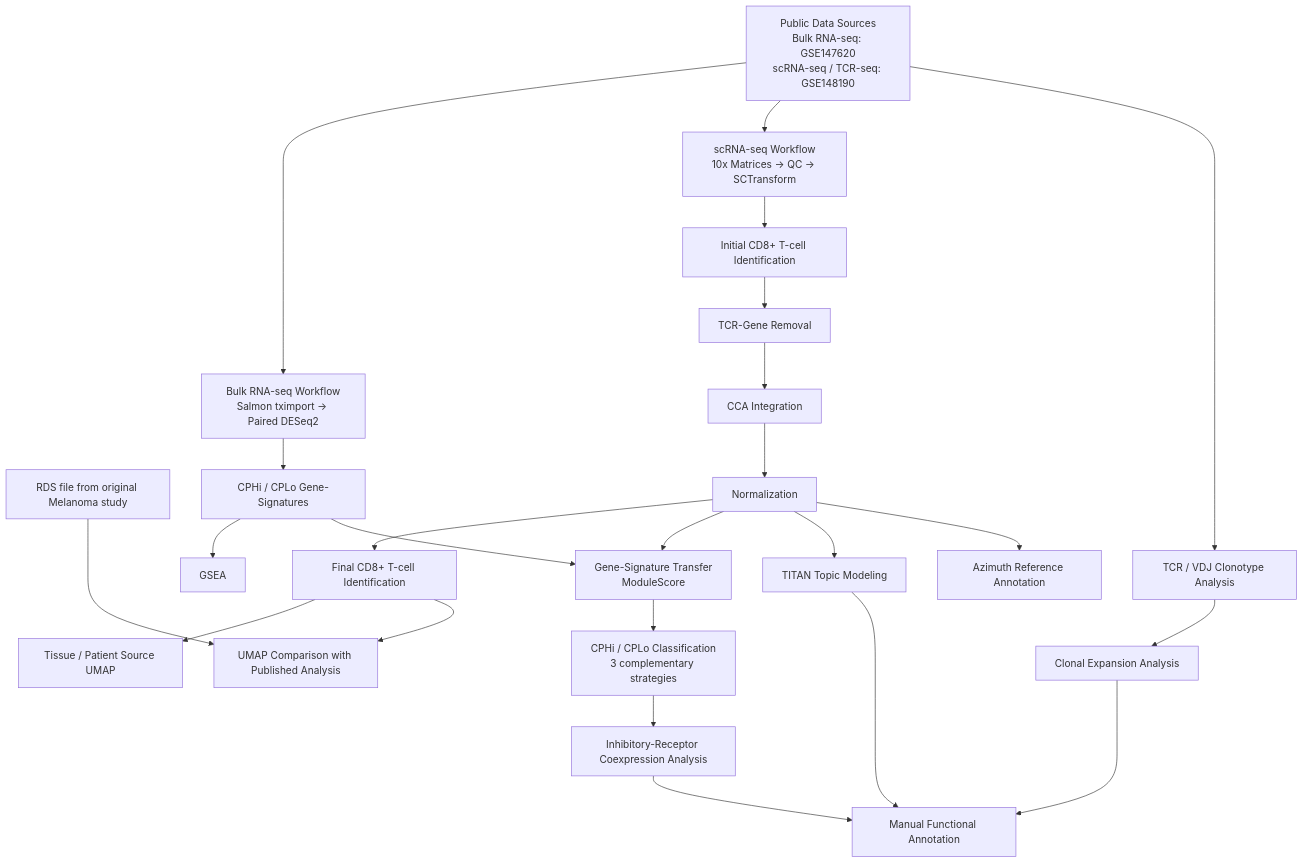
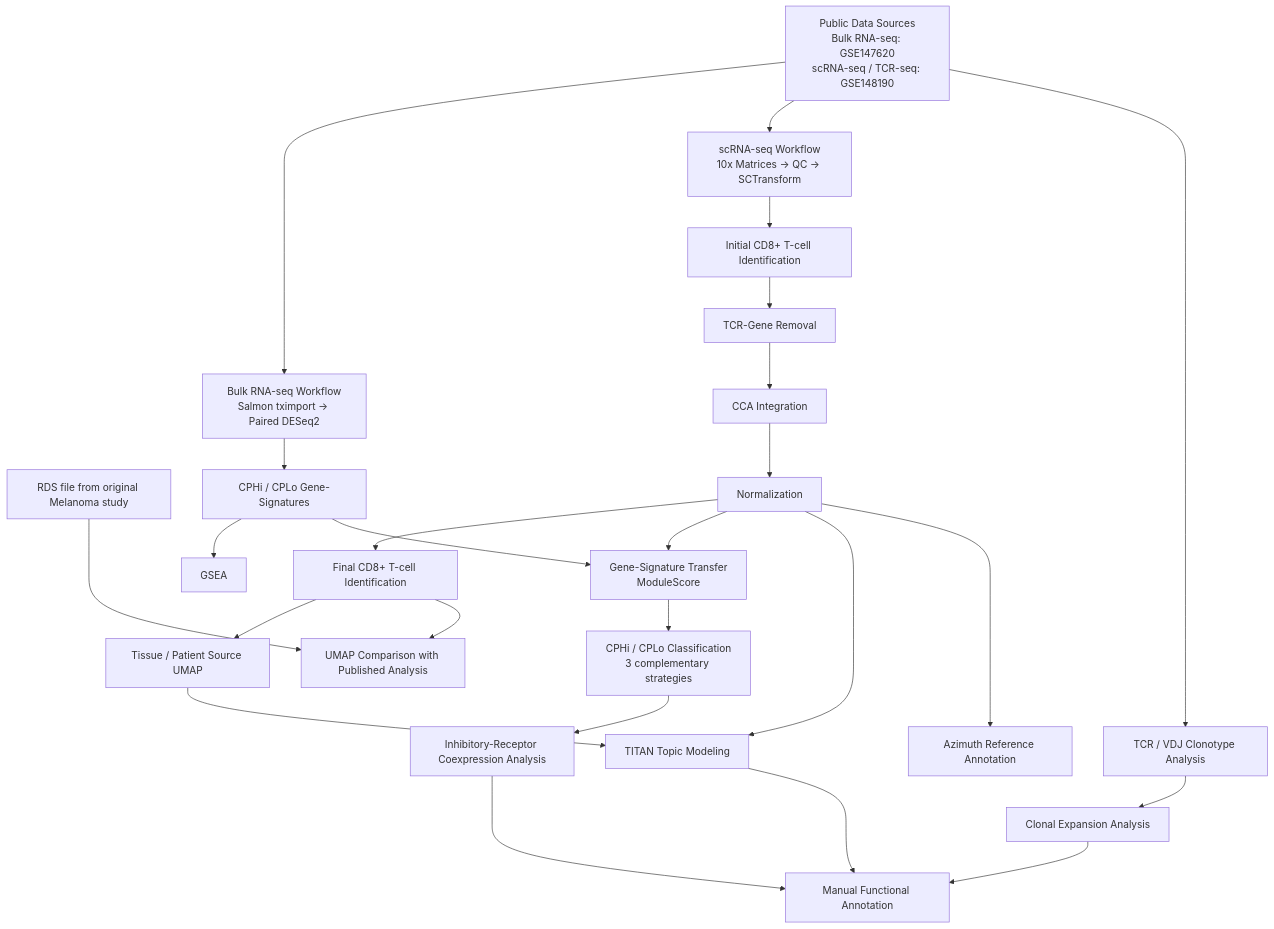
The diagram in README.md (georgsommer-ai/Multi-Modal-CD8-T-cell-Heterogeneity-Analysis-in-Melanoma-Immunotherapy), drawn with Mermaid before and after one commit.

````diff
--- a/README.md
+++ b/README.md
@@ -158,39 +158,40 @@
 ```mermaid
 flowchart TD
 
     A[Public Data Sources<br/>Bulk RNA-seq: GSE147620<br/>scRNA-seq / TCR-seq: GSE148190]
     R[RDS file from original Melanoma study]
 
     A --> B1[Bulk RNA-seq Workflow<br/>Salmon tximport -> Paired DESeq2]
     B1 --> B2[CPHi / CPLo Gene-Signatures]
     B2 --> B3[GSEA]
 
     A --> C1[scRNA-seq Workflow<br/>10x Matrices -> QC -> SCTransform]
     C1 --> C2[Initial CD8+ T-cell Identification]
     C2 --> C3[TCR-Gene Removal]
     C3 --> C4[CCA Integration]
     C4 --> C5[Normalization]
     C5 --> C6[Final CD8+ T-cell Identification]
     C6 --> C7[Tissue / Patient Source UMAP]
     C6 --> C8[UMAP Comparison with Published Analysis]
     R ---> C8
 
     B2 --> D1[Gene-Signature Transfer<br/>ModuleScore]
     C5 --> D1
     D1 --> D2[CPHi / CPLo Classification<br/>3 complementary strategies]
     D2 --> D3[Inhibitory-Receptor Coexpression Analysis]
 
     A --> E1[TCR / VDJ Clonotype Analysis]
     C5 --> F1[TITAN Topic Modeling]
     C5 --> K1[Azimuth Reference Annotation]
+    C7 --> F1
 
     E1 --> E2[Clonal Expansion Analysis]
 
     F1 ~~~ E2
     K1 ~~~ E2
 
     F1 --> G[Manual Functional Annotation]
     E2 --> G
     D3 --> G
 
 ```
````
